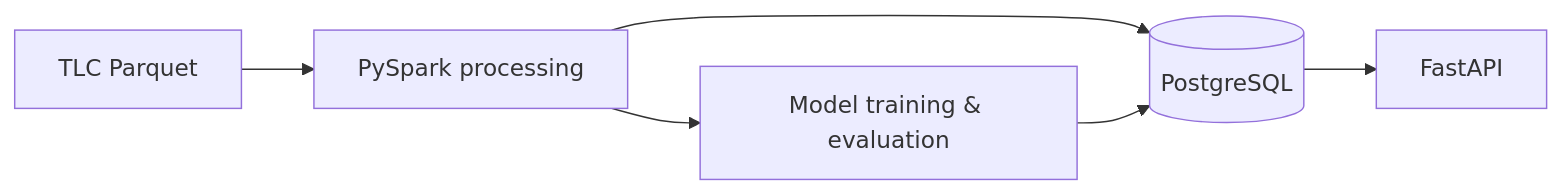
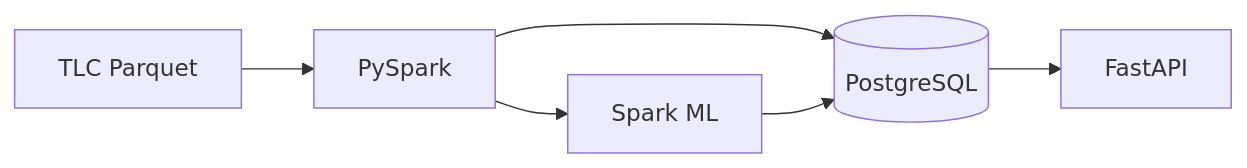
Before and after one commit to georgeballa7/NycTaxiDemandForecasting: the first of 3 diagrams in docs/backend.md, drawn with Mermaid. The commit also changed other lines of this file and 4 other files, not shown here.

````diff
--- a/docs/backend.md
+++ b/docs/backend.md
@@ -7,8 +7,8 @@
 ```mermaid
 flowchart LR
-    TLC[TLC Parquet] --> Spark[PySpark processing]
+    TLC[TLC Parquet] --> Spark[PySpark]
     Spark --> DB[(PostgreSQL)]
-    Spark --> ML[Model training & evaluation]
+    Spark --> ML[Spark ML]
     ML --> DB
     DB --> API[FastAPI]
 ```
````
